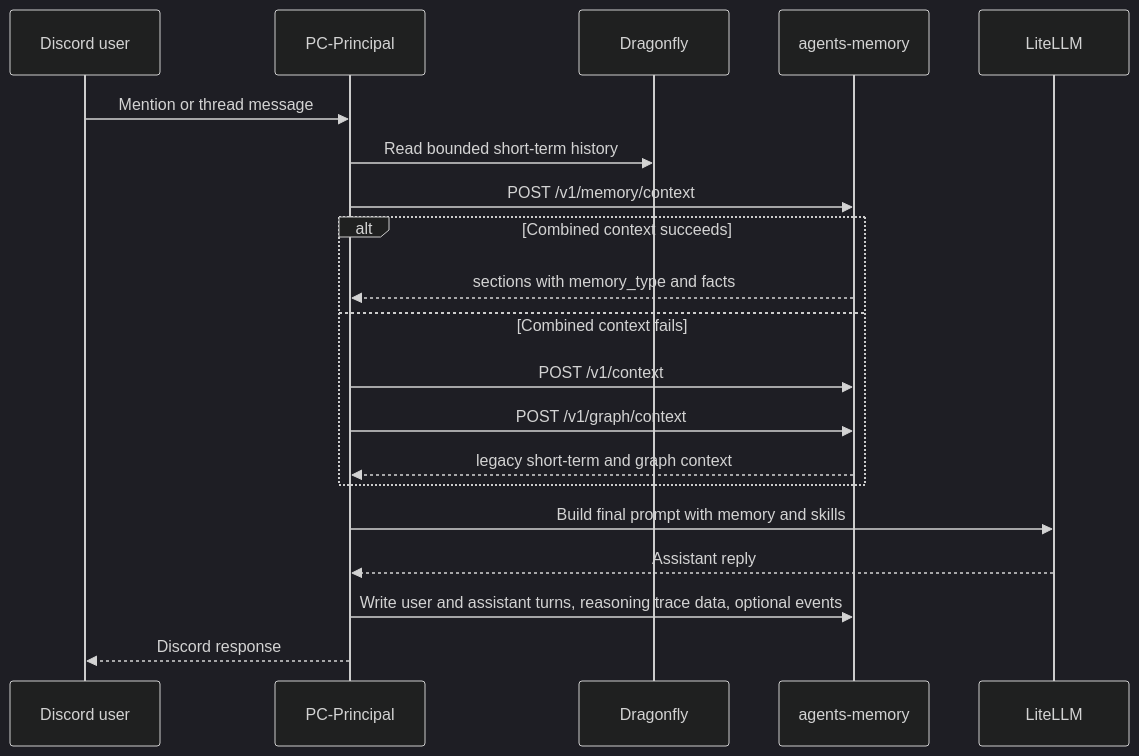
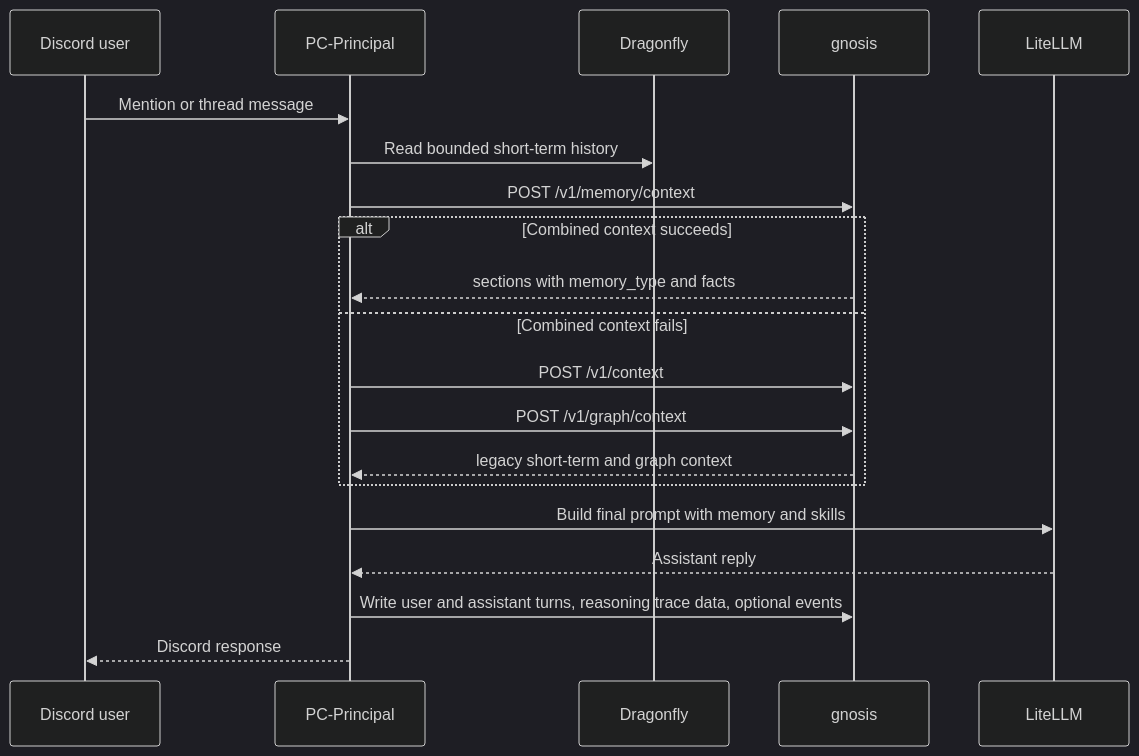
The second of 2 diagrams in README.md (bromigos-org/PC-Principal), drawn with Mermaid (dark theme) before and after one commit. The commit also changed other lines of this file and 15 other files, not shown here.

First line of the commit message:
refactor(memory): consume gnosis env contract

````diff
--- a/README.md
+++ b/README.md
@@ -84,23 +84,23 @@
 ```mermaid
 sequenceDiagram
     participant U as Discord user
     participant B as PC-Principal
     participant D as Dragonfly
-    participant M as agents-memory
+    participant M as gnosis
     participant L as LiteLLM
 
     U->>B: Mention or thread message
     B->>D: Read bounded short-term history
     B->>M: POST /v1/memory/context
     alt Combined context succeeds
         M-->>B: sections with memory_type and facts
     else Combined context fails
         B->>M: POST /v1/context
         B->>M: POST /v1/graph/context
         M-->>B: legacy short-term and graph context
     end
     B->>L: Build final prompt with memory and skills
     L-->>B: Assistant reply
     B->>M: Write user and assistant turns, reasoning trace data, optional events
     B-->>U: Discord response
 ```
````
